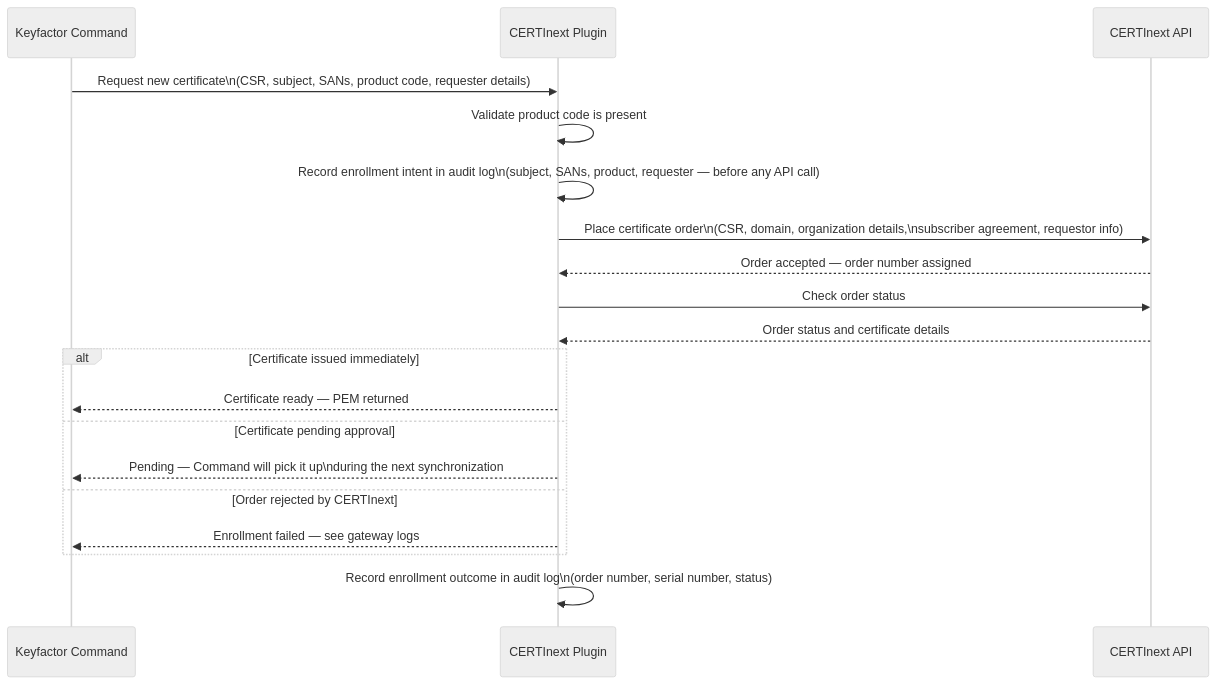
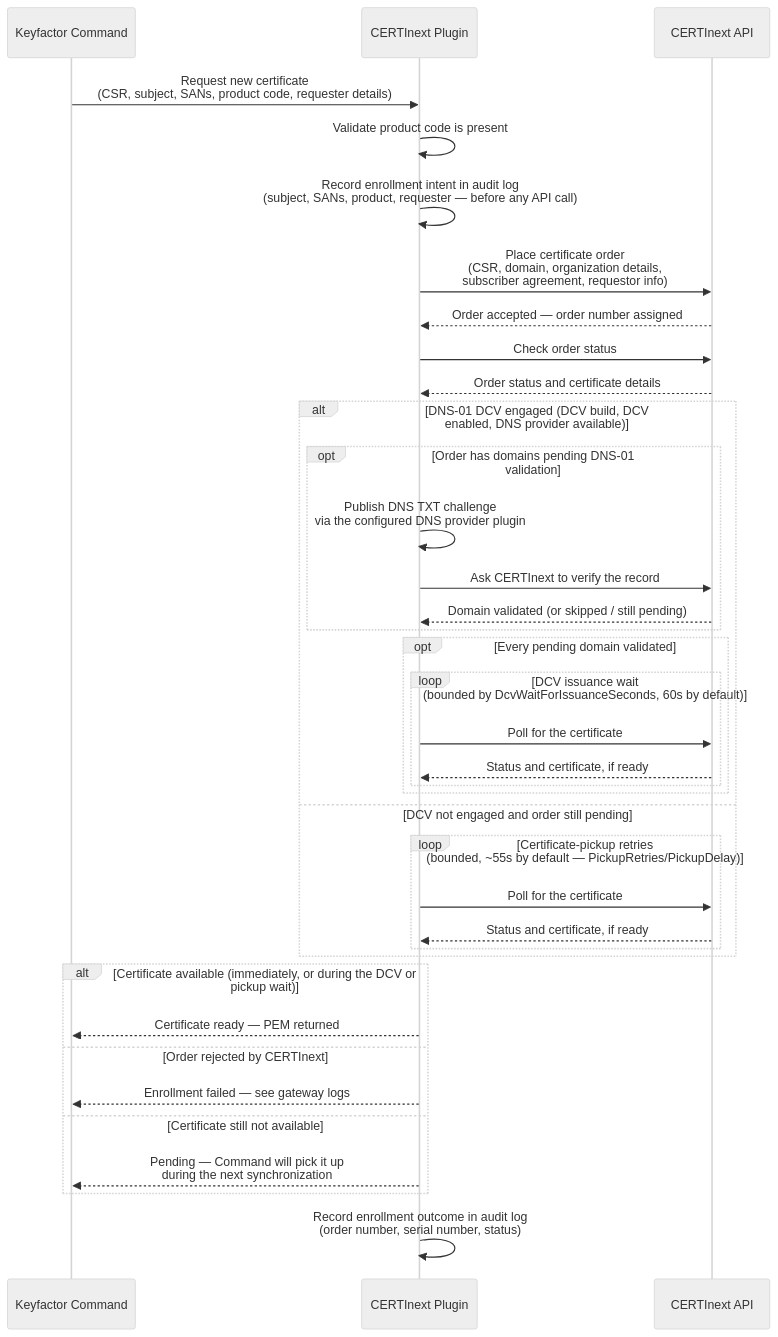
The third of 6 diagrams in README.md (Keyfactor/certinext-caplugin), drawn with Mermaid (neutral theme) before and after one commit. The commit also changed other lines of this file and 71 other files, not shown here.

First line of the commit message:
v1.0.1: synchronous certificate pickup and enrollment/logging fixes (#20)

````diff
--- a/README.md
+++ b/README.md
@@ -464,26 +433,44 @@
 ```mermaid
 sequenceDiagram
     participant CMD as Keyfactor Command
     participant Plugin as CERTInext Plugin
     participant API as CERTInext API
 
-    CMD->>Plugin: Request new certificate\n(CSR, subject, SANs, product code, requester details)
+    CMD->>Plugin: Request new certificate<br/>(CSR, subject, SANs, product code, requester details)
     Plugin->>Plugin: Validate product code is present
-    Plugin->>Plugin: Record enrollment intent in audit log\n(subject, SANs, product, requester — before any API call)
+    Plugin->>Plugin: Record enrollment intent in audit log<br/>(subject, SANs, product, requester — before any API call)
 
-    Plugin->>API: Place certificate order\n(CSR, domain, organization details,\nsubscriber agreement, requestor info)
+    Plugin->>API: Place certificate order<br/>(CSR, domain, organization details,<br/>subscriber agreement, requestor info)
     API-->>Plugin: Order accepted — order number assigned
-
     Plugin->>API: Check order status
     API-->>Plugin: Order status and certificate details
 
-    alt Certificate issued immediately
+    alt DNS-01 DCV engaged (DCV build, DCV enabled, DNS provider available)
+        opt Order has domains pending DNS-01 validation
+            Plugin->>Plugin: Publish DNS TXT challenge<br/>via the configured DNS provider plugin
+            Plugin->>API: Ask CERTInext to verify the record
+            API-->>Plugin: Domain validated (or skipped / still pending)
+        end
+        opt Every pending domain validated
+            loop DCV issuance wait<br/>(bounded by DcvWaitForIssuanceSeconds, 60s by default)
+                Plugin->>API: Poll for the certificate
+                API-->>Plugin: Status and certificate, if ready
+            end
+        end
+    else DCV not engaged and order still pending
+        loop Certificate-pickup retries<br/>(bounded, ~55s by default — PickupRetries/PickupDelay)
+            Plugin->>API: Poll for the certificate
+            API-->>Plugin: Status and certificate, if ready
+        end
+    end
+
+    alt Certificate available (immediately, or during the DCV or pickup wait)
         Plugin-->>CMD: Certificate ready — PEM returned
-    else Certificate pending approval
-        Plugin-->>CMD: Pending — Command will pick it up\nduring the next synchronization
     else Order rejected by CERTInext
         Plugin-->>CMD: Enrollment failed — see gateway logs
+    else Certificate still not available
+        Plugin-->>CMD: Pending — Command will pick it up<br/>during the next synchronization
     end
 
-    Plugin->>Plugin: Record enrollment outcome in audit log\n(order number, serial number, status)
+    Plugin->>Plugin: Record enrollment outcome in audit log<br/>(order number, serial number, status)
 ```
````
